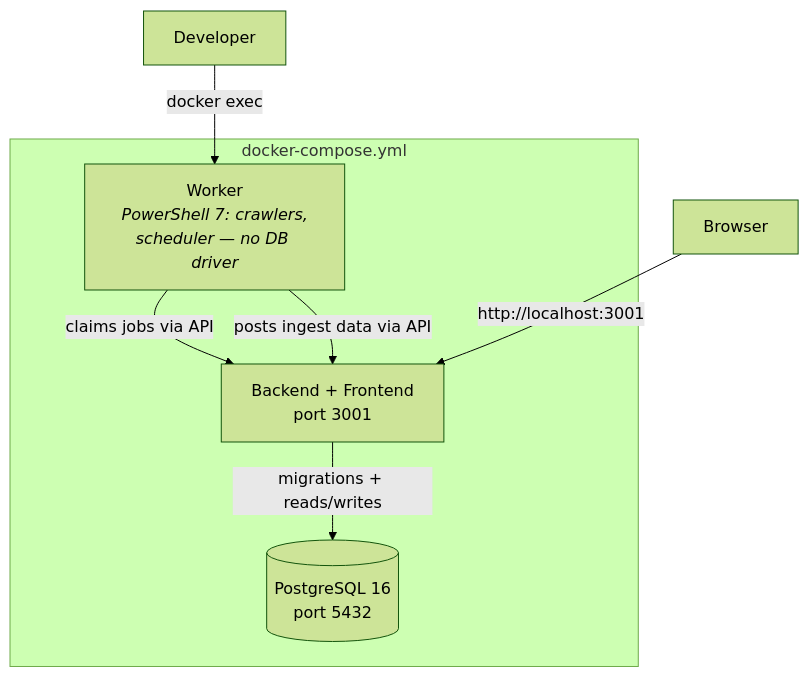
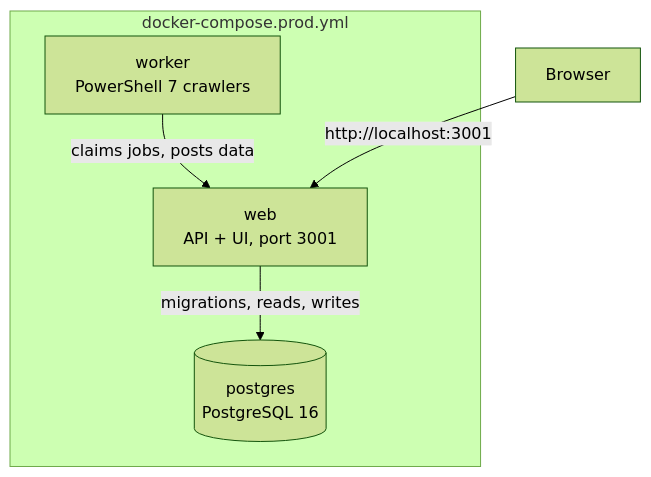
Before and after one commit to Fortigi/IdentityAtlas: the diagram in docs/architecture/docker-setup.md, drawn with Mermaid (forest theme). The commit also changed other lines of this file and 7 other files, not shown here.

````diff
--- a/docs/architecture/docker-setup.md
+++ b/docs/architecture/docker-setup.md
@@ -198,15 +53,12 @@
 ```mermaid
 graph TB
-    subgraph Docker["docker-compose.yml"]
-        PG[(PostgreSQL 16<br/>port 5432)]
-        API[Backend + Frontend<br/>port 3001]
-        WORKER[Worker<br/><i>PowerShell 7: crawlers,<br/>scheduler — no DB driver</i>]
+    subgraph Docker["docker-compose.prod.yml"]
+        PG[(postgres<br/>PostgreSQL 16)]
+        API[web<br/>API + UI, port 3001]
+        WORKER[worker<br/>PowerShell 7 crawlers]
     end
 
-    API -->|migrations + reads/writes| PG
-    WORKER -->|claims jobs via API| API
-    WORKER -->|posts ingest data via API| API
-
+    API -->|migrations, reads, writes| PG
+    WORKER -->|claims jobs, posts data| API
     User[Browser] -->|http://localhost:3001| API
-    Dev[Developer] -->|docker exec| WORKER
 ```
````
